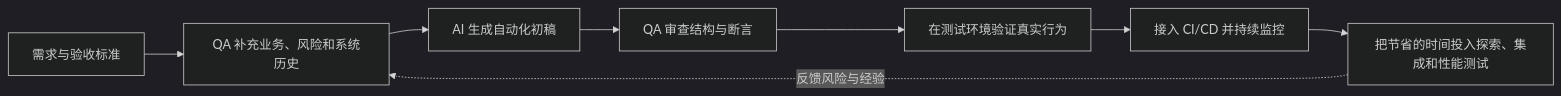
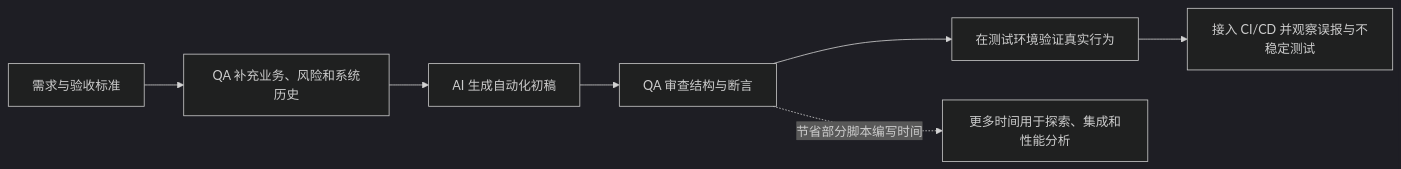
Before and after one commit to naodeng/naodeng.com.cn: the first of 7 diagrams in src/blog/zh-cn/AI-Testing/from-script-writer-to-test-strategist.mdx, drawn with Mermaid (dark theme). The commit also changed other lines of this file and 10 other files, not shown here.

Commit message:
docs: review November blog diagrams

````diff
--- a/src/blog/zh-cn/AI-Testing/from-script-writer-to-test-strategist.mdx
+++ b/src/blog/zh-cn/AI-Testing/from-script-writer-to-test-strategist.mdx
@@ -25,10 +25,9 @@
 ```mermaid
 flowchart LR
     A[需求与验收标准] --> B[QA 补充业务、风险和系统历史]
     B --> C[AI 生成自动化初稿]
     C --> D[QA 审查结构与断言]
     D --> E[在测试环境验证真实行为]
-    E --> F[接入 CI/CD 并持续监控]
-    F --> G[把节省的时间投入探索、集成和性能测试]
-    G -.反馈风险与经验.-> B
+    E --> F[接入 CI/CD 并观察误报与不稳定测试]
+    D -.节省部分脚本编写时间.-> G[更多时间用于探索、集成和性能分析]
 ```
````
